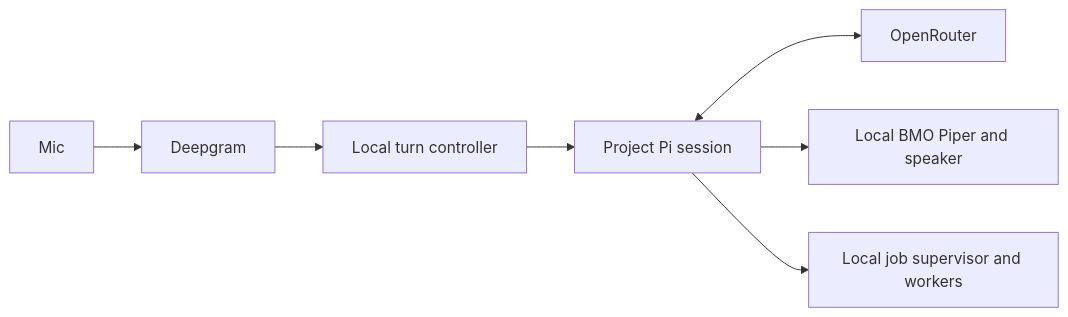
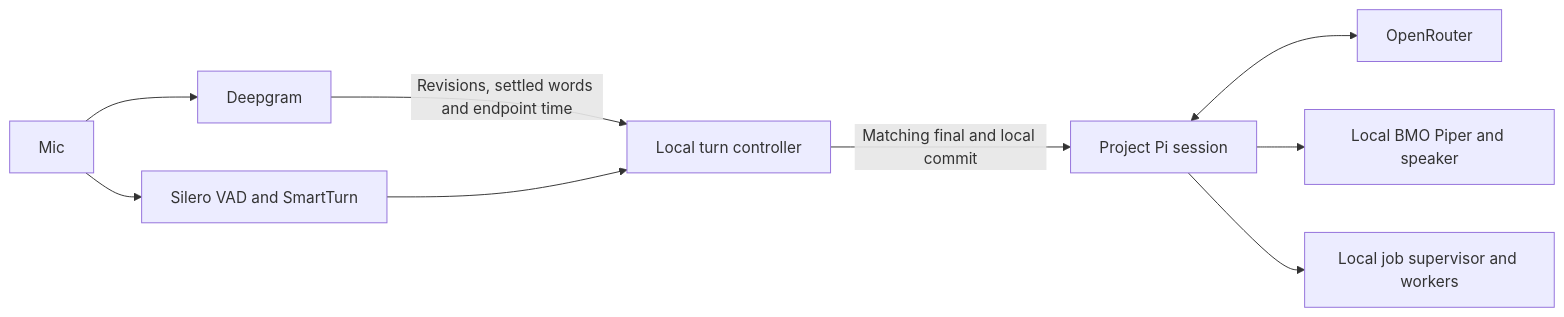
Before and after one commit to justinruaya123/me3-full-duplex-agent: the first of 2 diagrams in docs/ARCHITECTURE_REVIEW.md, drawn with Mermaid. The commit also changed other lines of this file and 14 other files, not shown here.

````diff
--- a/docs/ARCHITECTURE_REVIEW.md
+++ b/docs/ARCHITECTURE_REVIEW.md
@@ -5,9 +5,11 @@
 ```mermaid
 flowchart LR
   mic[Mic] --> asr[Deepgram]
-  asr --> turn[Local turn controller]
-  turn --> pi[Project Pi session]
+  asr -->|Revisions, settled words and endpoint time| turn[Local turn controller]
+  mic --> local[Silero VAD and SmartTurn]
+  local --> turn
+  turn -->|Matching final and local commit| pi[Project Pi session]
   pi <--> model[OpenRouter]
   pi --> tts[Local BMO Piper and speaker]
   pi --> jobs[Local job supervisor and workers]
 ```
````
